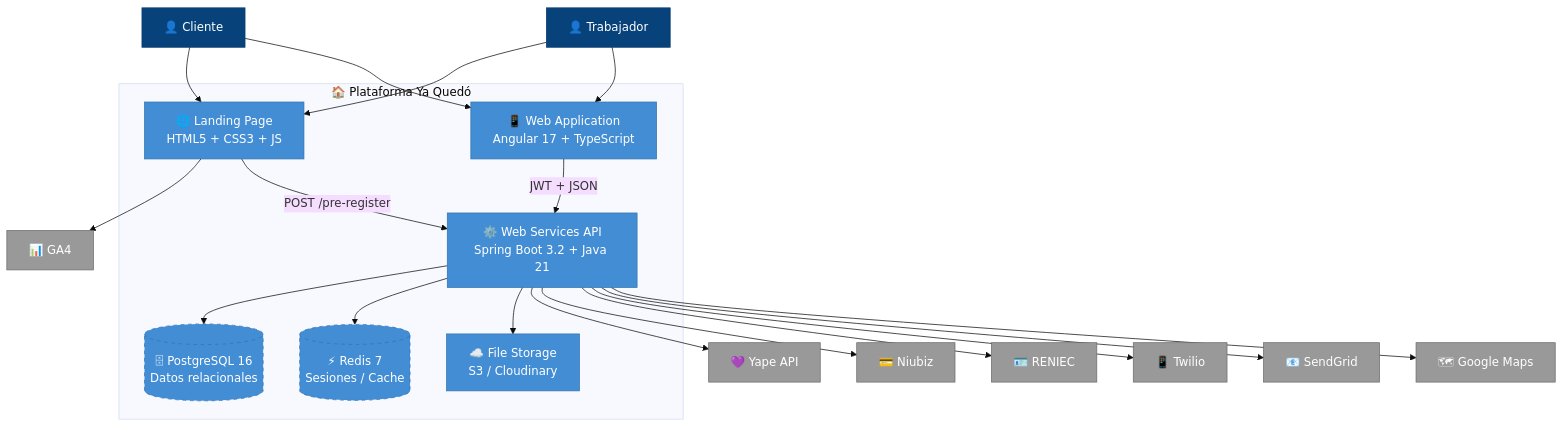
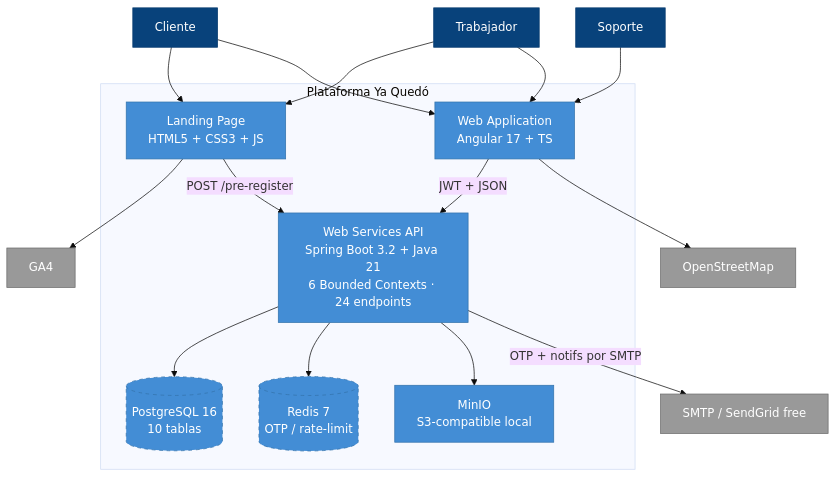
One commit to yagocz/YaQuedo_TetraDev changed the second of 3 diagrams in tb2/architecture-c4/mermaid-versions.md. Above: the diagram before and after it, drawn with Mermaid (base theme). The commit also changed other lines of this file and 13 other files, not shown here.

Commit message:
docs(tb2): update C4 diagrams (drawio + puml + mermaid) and OO design for 6 bounded contexts

````diff
--- a/tb2/architecture-c4/mermaid-versions.md
+++ b/tb2/architecture-c4/mermaid-versions.md
@@ -48,46 +40,40 @@
 ```mermaid
 flowchart TB
     classDef person fill:#08427B,stroke:#073B6F,color:#fff
     classDef container fill:#438DD5,stroke:#3373AC,color:#fff
     classDef db fill:#438DD5,stroke:#3373AC,color:#fff,stroke-dasharray:5 5
     classDef external fill:#999999,stroke:#6B6B6B,color:#fff
 
-    cliente["👤 Cliente"]:::person
-    trabajador["👤 Trabajador"]:::person
+    cliente["Cliente"]:::person
+    trabajador["Trabajador"]:::person
+    soporte["Soporte"]:::person
 
-    subgraph YaQuedo["🏠 Plataforma Ya Quedó"]
-        landing["🌐 Landing Page<br/>HTML5 + CSS3 + JS"]:::container
-        webApp["📱 Web Application<br/>Angular 17 + TypeScript"]:::container
-        api["⚙️ Web Services API<br/>Spring Boot 3.2 + Java 21"]:::container
-        db[("🗄 PostgreSQL 16<br/>Datos relacionales")]:::db
-        cache[("⚡ Redis 7<br/>Sesiones / Cache")]:::db
-        storage["☁️ File Storage<br/>S3 / Cloudinary"]:::container
+    subgraph YaQuedo["Plataforma Ya Quedó"]
+        landing["Landing Page<br/>HTML5 + CSS3 + JS"]:::container
+        webApp["Web Application<br/>Angular 17 + TS"]:::container
+        api["Web Services API<br/>Spring Boot 3.2 + Java 21<br/>6 Bounded Contexts · 24 endpoints"]:::container
+        db[("PostgreSQL 16<br/>10 tablas")]:::db
+        cache[("Redis 7<br/>OTP / rate-limit")]:::db
+        storage["MinIO<br/>S3-compatible local"]:::container
     end
 
-    yape["💜 Yape API"]:::external
-    niubiz["💳 Niubiz"]:::external
-    reniec["🪪 RENIEC"]:::external
-    twilio["📱 Twilio"]:::external
-    sendgrid["📧 SendGrid"]:::external
-    maps["🗺 Google Maps"]:::external
-    ga4["📊 GA4"]:::external
+    email["SMTP / SendGrid free"]:::external
+    osm["OpenStreetMap"]:::external
+    ga4["GA4"]:::external
 
     cliente --> landing
     cliente --> webApp
     trabajador --> landing
     trabajador --> webApp
+    soporte --> webApp
 
     landing --> ga4
     landing -- "POST /pre-register" --> api
     webApp -- "JWT + JSON" --> api
+    webApp --> osm
 
     api --> db
     api --> cache
     api --> storage
-    api --> yape
-    api --> niubiz
-    api --> reniec
-    api --> twilio
-    api --> sendgrid
-    api --> maps
+    api -- "OTP + notifs por SMTP" --> email
 ```
````
